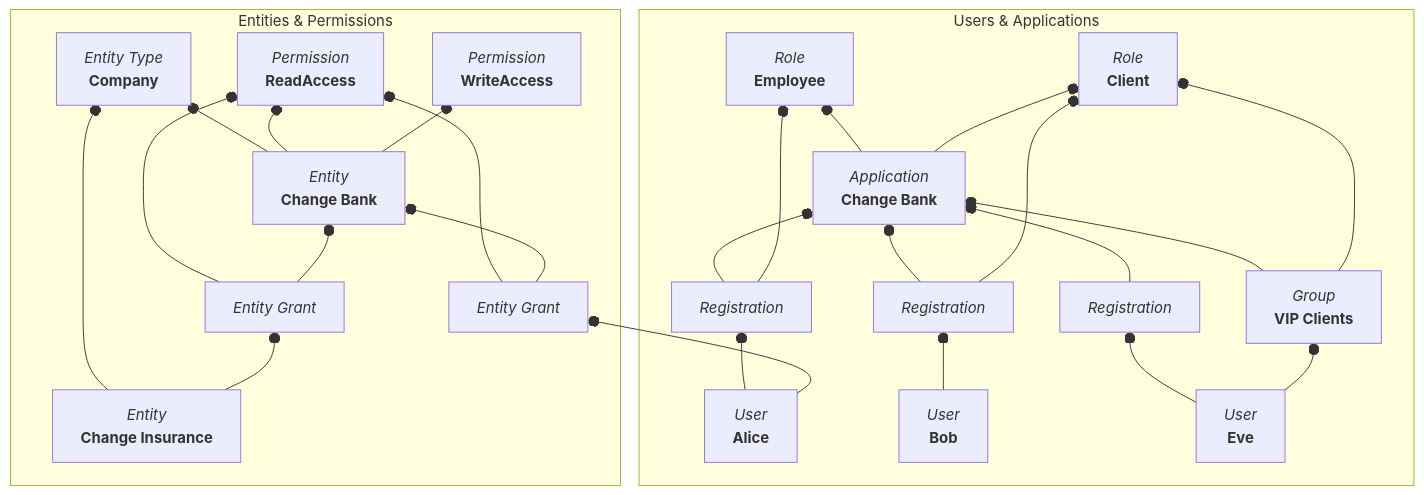
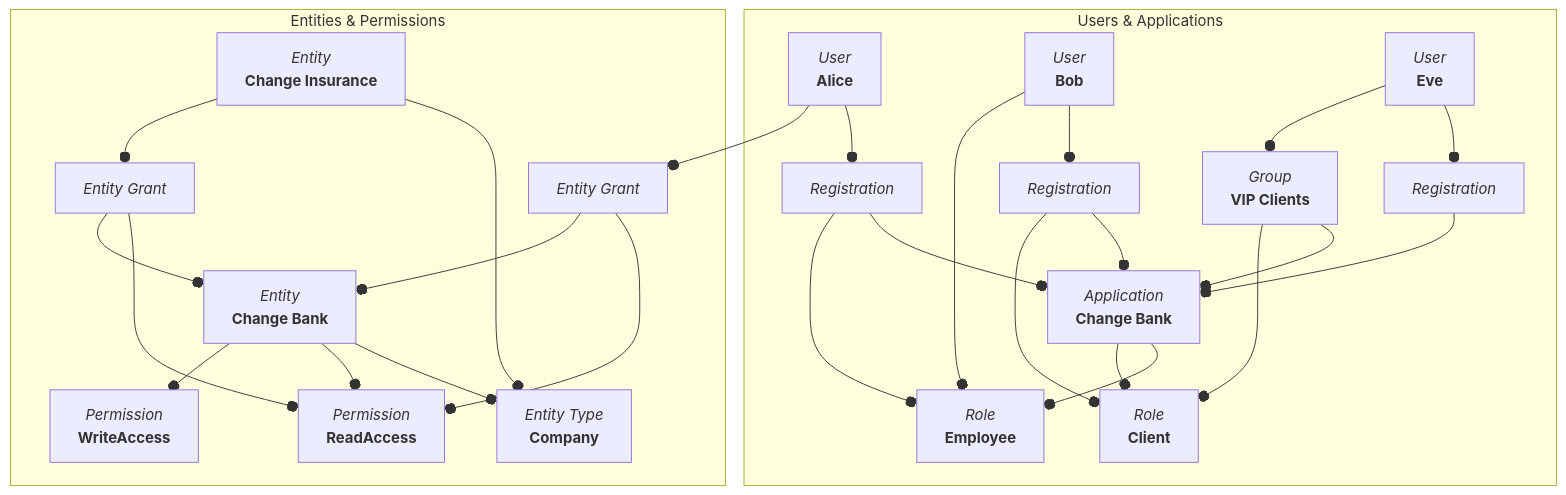
Before and after one commit to FusionAuth/fusionauth-site: the diagram in astro/src/content/docs/extend/examples/modeling-hierarchies.mdx, drawn with Mermaid. The commit also changed other lines of this file, not shown here.

````diff
--- a/astro/src/content/docs/extend/examples/modeling-hierarchies.mdx
+++ b/astro/src/content/docs/extend/examples/modeling-hierarchies.mdx
@@ -77,50 +77,50 @@
 ```mermaid
-graph BT
+graph TB
   subgraph Users & Applications
     n1["`*Application*
     **Change Bank**`"]
     n2["`*User*
     **Alice**`"]
     n3["`*Registration*`"]
     n4["`*Role*
     **Employee**`"]
     n5["`*Role*
     **Client**`"]
     n6["`*User*
     **Bob**`"]
     n7["`*Registration*`"]
     n8["`*User*
     **Eve**`"]
     n9["`*Registration*`"]
     n10["`*Group*
     **VIP Clients**`"]
   end
 
   subgraph Entities & Permissions
     n11["`*Entity Type*
     **Company**`"]
     n12["`*Entity*
     **Change Bank**`"]
     n13["`*Permission*
     **ReadAccess**`"]
     n14["`*Permission*
     **WriteAccess**`"]
     n15["`*Entity*
     **Change Insurance**`"]
     n16["`*Entity Grant*`"]
     n17["`*Entity Grant*`"]
   end
 
   n1 --o n4 & n5
   n2 --o n3 & n17
   n3 --o n1 & n4
-  n6 --o n7
+  n6 --o n7 & n4
   n7 --o n1 & n5
   n8 --o n9 & n10
   n9 --o n1
   n10 --o n1 & n5
   n12 --o n11 & n13 & n14
   n15 --o n11 & n16
   n16 --o n13 & n12
   n17 --o n13 & n12
 ```
````
